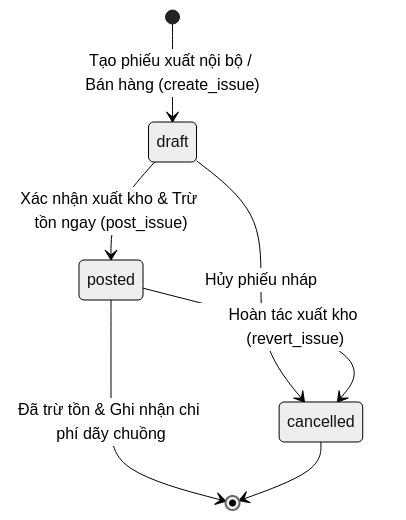
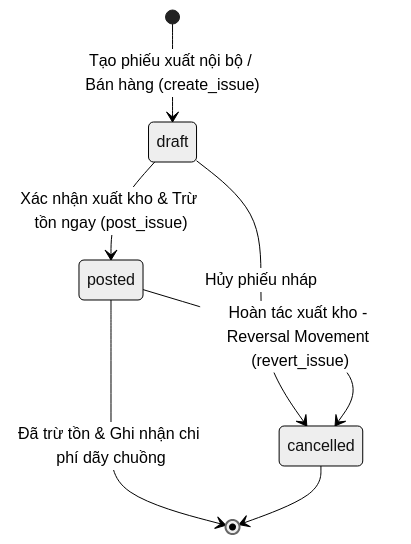
One commit to theiheu/minh-tan-phat-supply changed the third of 8 diagrams in docs/architecture/state-machines.md. Above: the diagram before and after it, drawn with Mermaid (neutral theme). The commit also changed other lines of this file and 244 other files, not shown here.

````diff
--- a/docs/architecture/state-machines.md
+++ b/docs/architecture/state-machines.md
@@ -61,9 +63,9 @@
 ```mermaid
 stateDiagram-v2
     [*] --> draft: Tạo phiếu xuất nội bộ / Bán hàng (create_issue)
     draft --> posted: Xác nhận xuất kho & Trừ tồn ngay (post_issue)
     draft --> cancelled: Hủy phiếu nháp
-    posted --> cancelled: Hoàn tác xuất kho (revert_issue)
+    posted --> cancelled: Hoàn tác xuất kho - Reversal Movement (revert_issue)
     posted --> [*]: Đã trừ tồn & Ghi nhận chi phí dãy chuồng
     cancelled --> [*]
 ```
````
